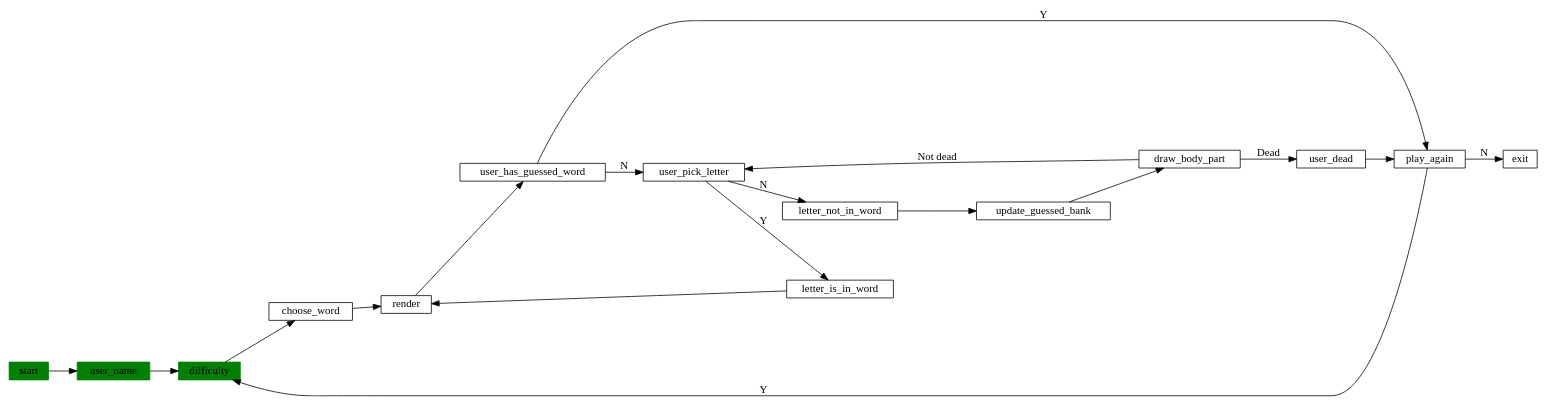
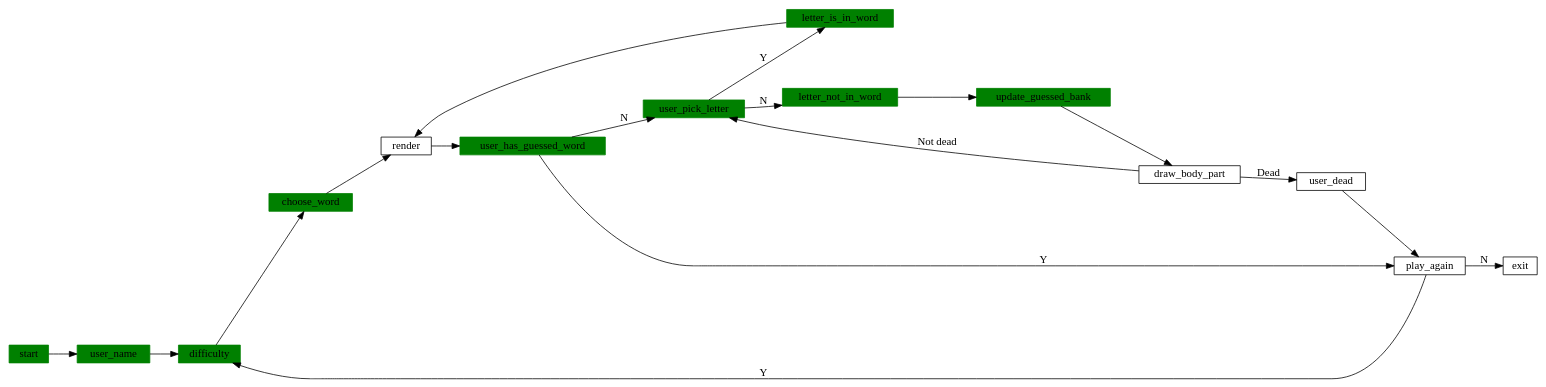
Before and after one commit to tml/python-hangman-2017-summer: the diagram in game_flow.iuml, drawn with PlantUML.

Commit message:
Updated current game state

```diff
--- a/game_flow.iuml
+++ b/game_flow.iuml
@@ -1,34 +1,39 @@
 @startuml
 digraph G {
     nodesep=.8;
     rankdir=LR;
     node [shape=record,width=.1,height=.1];
     start [style=filled,color=green];
     user_name [style=filled,color=green];
     difficulty [style=filled,color=green];
+    choose_word [style=filled,color=green];
+    user_pick_letter [style=filled,color=green];
+    letter_is_in_word [style=filled,color=green];
+    letter_not_in_word [style=filled,color=green];
+    user_has_guessed_word  [style=filled,color=green];
+    update_guessed_bank  [style=filled,color=green];
     start -> user_name ;
     user_name -> difficulty;
     difficulty -> choose_word;
     choose_word -> render;
-    user_pick_letter;
     user_pick_letter -> letter_is_in_word [label="Y"];
     user_pick_letter -> letter_not_in_word [label="N"];
 
     letter_is_in_word -> render;
     render -> user_has_guessed_word;
 
     letter_not_in_word -> update_guessed_bank;
     update_guessed_bank -> draw_body_part;
     draw_body_part  -> user_dead [label="Dead"];
     draw_body_part -> user_pick_letter [label="Not dead"];
 
     user_dead -> play_again;
 
     user_has_guessed_word -> play_again [label="Y"];
     user_has_guessed_word -> user_pick_letter [label="N"];
 
     play_again -> exit [label="N"];
     play_again -> difficulty [label="Y"];
 
 }
 @enduml
```
